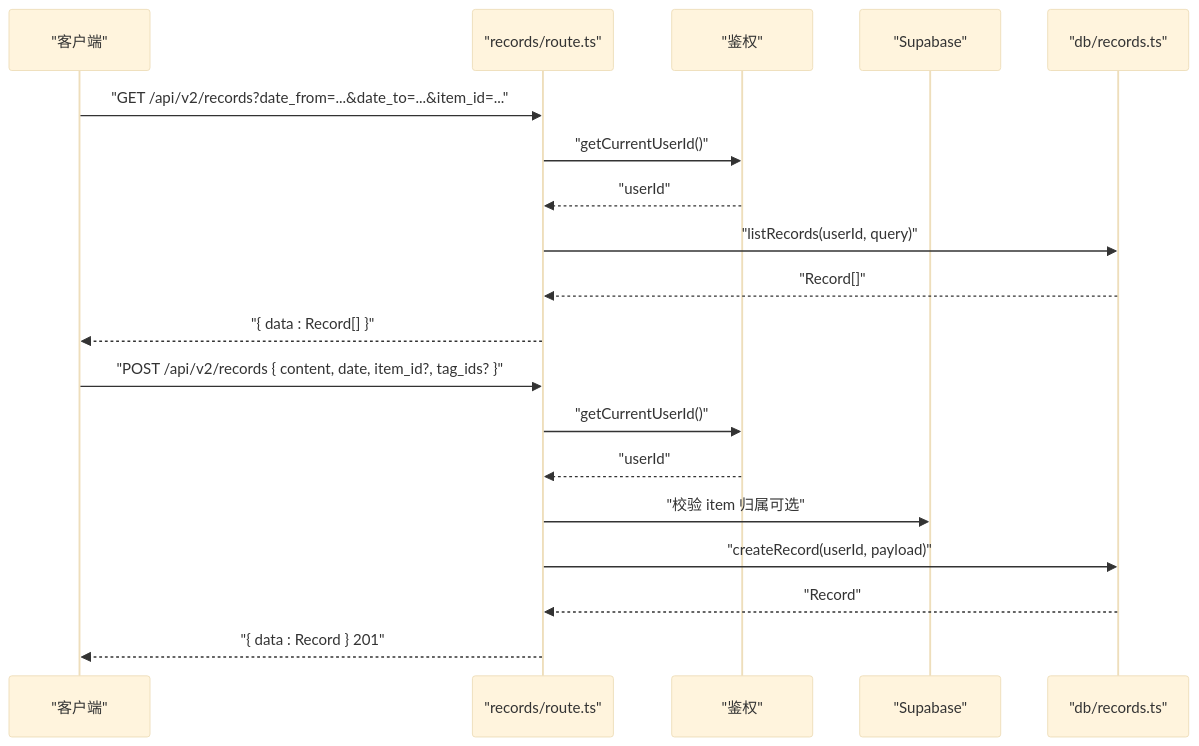
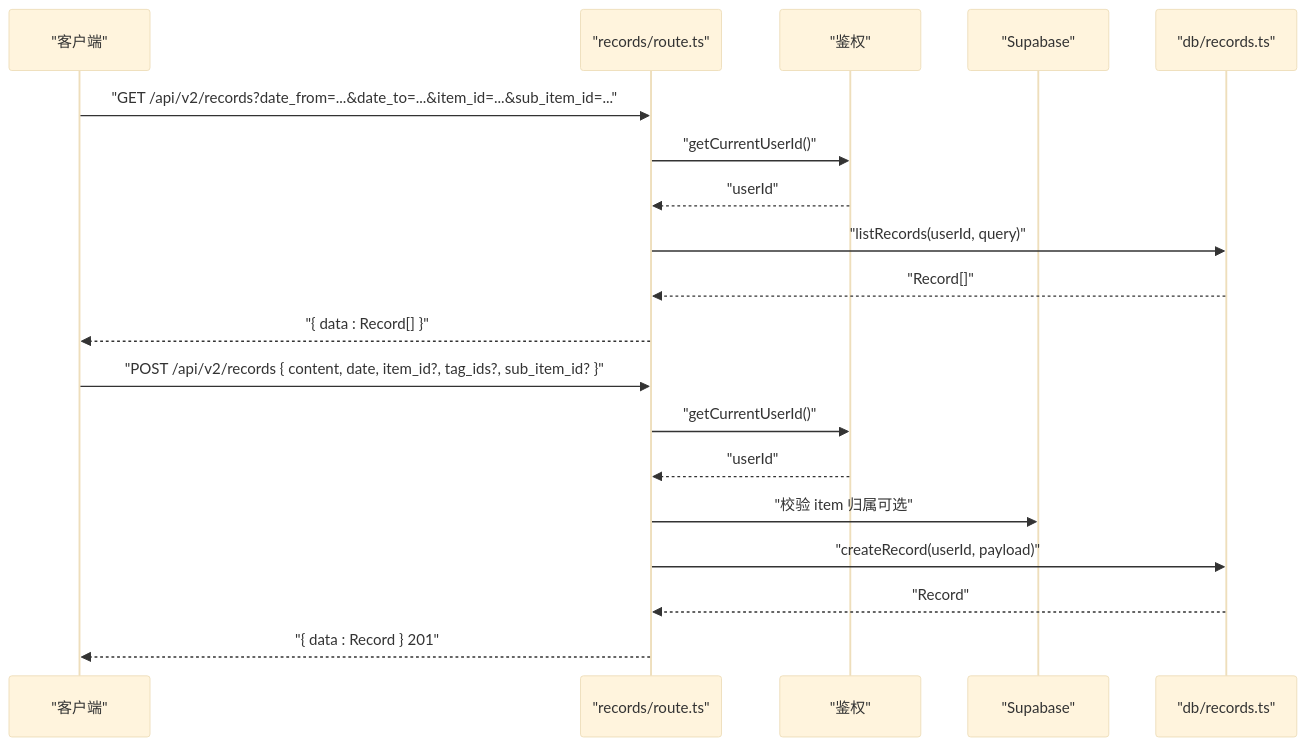
The sixth of 9 diagrams in .qoder/repowiki/zh/content/API接口文档/项目API.md (bbong1234/TETO), drawn with Mermaid (base theme) before and after one commit. The commit also changed other lines of this file and 10 other files, not shown here.

````diff
--- a/.qoder/repowiki/zh/content/API接口文档/项目API.md
+++ b/.qoder/repowiki/zh/content/API接口文档/项目API.md
@@ -289,21 +309,21 @@
 ```mermaid
 sequenceDiagram
 participant C as "客户端"
 participant R as "records/route.ts"
 participant A as "鉴权"
 participant S as "Supabase"
 participant D as "db/records.ts"
-C->>R : "GET /api/v2/records?date_from=...&date_to=...&item_id=..."
+C->>R : "GET /api/v2/records?date_from=...&date_to=...&item_id=...&sub_item_id=..."
 R->>A : "getCurrentUserId()"
 A-->>R : "userId"
 R->>D : "listRecords(userId, query)"
 D-->>R : "Record[]"
 R-->>C : "{ data : Record[] }"
-C->>R : "POST /api/v2/records { content, date, item_id?, tag_ids? }"
+C->>R : "POST /api/v2/records { content, date, item_id?, tag_ids?, sub_item_id? }"
 R->>A : "getCurrentUserId()"
 A-->>R : "userId"
 R->>S : "校验 item 归属可选"
 R->>D : "createRecord(userId, payload)"
 D-->>R : "Record"
 R-->>C : "{ data : Record } 201"
 ```
````
